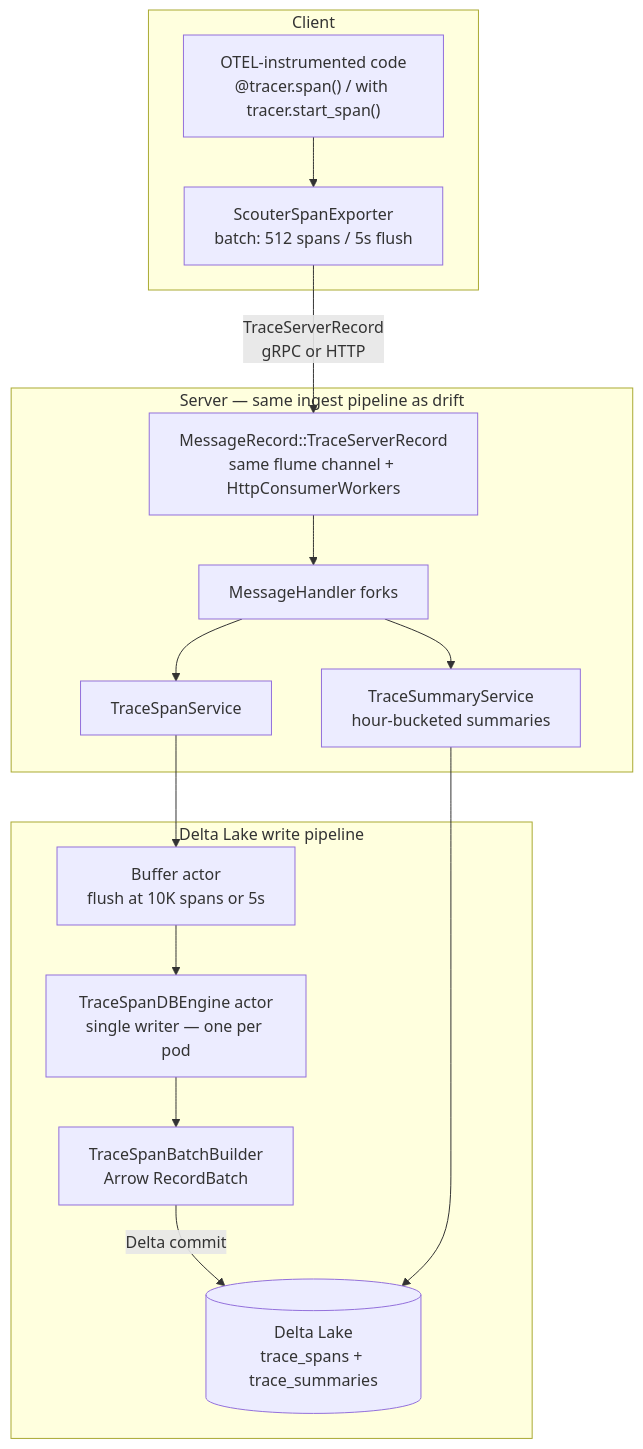
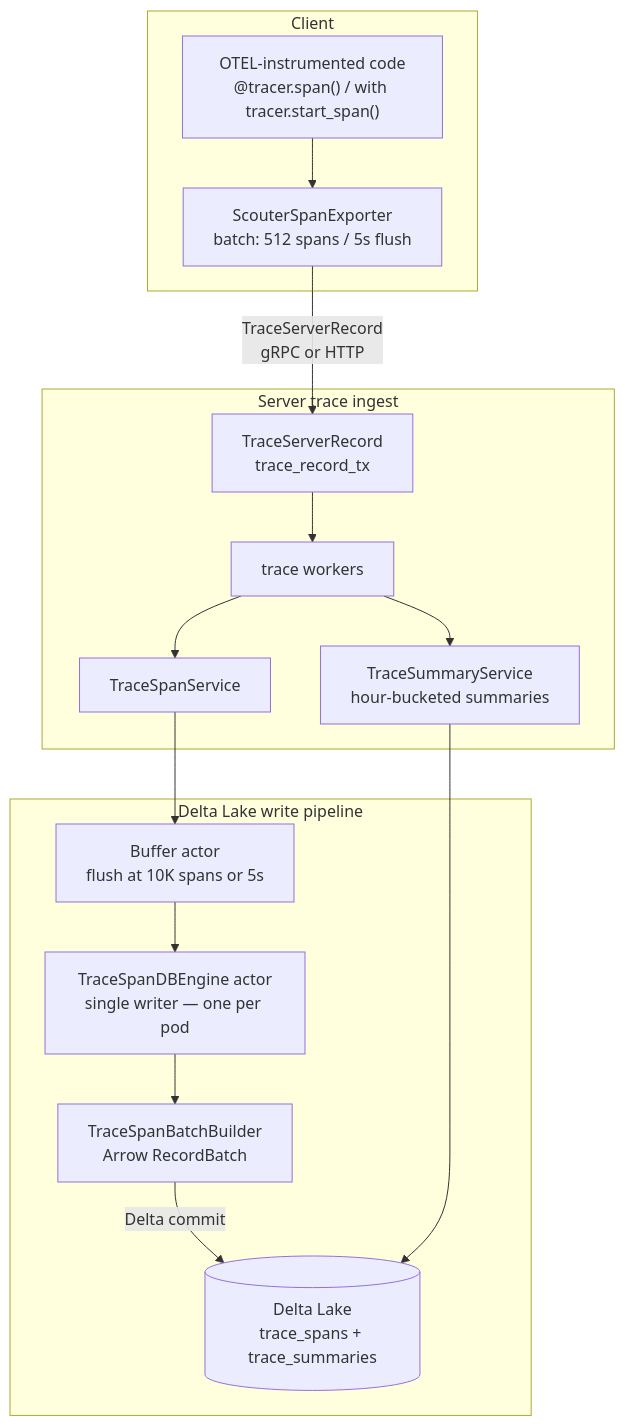
The sixth of 8 diagrams in docs/src/content/docs/architecture/overview.mdx (demml/scouter), drawn with Mermaid before and after one commit. The commit also changed other lines of this file and 57 other files, not shown here.

````diff
--- a/docs/src/content/docs/architecture/overview.mdx
+++ b/docs/src/content/docs/architecture/overview.mdx
@@ -228,31 +259,31 @@
 ```mermaid
 graph TB
     subgraph "Client"
         OT["OTEL-instrumented code\n@tracer.span() / with tracer.start_span()"]
         EX["ScouterSpanExporter\nbatch: 512 spans / 5s flush"]
     end
 
-    subgraph "Server — same ingest pipeline as drift"
-        MSG["MessageRecord::TraceServerRecord\nsame flume channel + HttpConsumerWorkers"]
-        MH["MessageHandler forks"]
+    subgraph "Server trace ingest"
+        MSG["TraceServerRecord\ntrace_record_tx"]
+        TW["trace workers"]
         TSS["TraceSpanService"]
         SUM["TraceSummaryService\nhour-bucketed summaries"]
     end
 
     subgraph "Delta Lake write pipeline"
         BUF["Buffer actor\nflush at 10K spans or 5s"]
         ENG["TraceSpanDBEngine actor\nsingle writer — one per pod"]
         BB["TraceSpanBatchBuilder\nArrow RecordBatch"]
         DL[("Delta Lake\ntrace_spans + trace_summaries")]
     end
 
     OT --> EX
     EX -->|"TraceServerRecord\ngRPC or HTTP"| MSG
-    MSG --> MH
-    MH --> TSS & SUM
+    MSG --> TW
+    TW --> TSS & SUM
     TSS --> BUF
     BUF --> ENG
     ENG --> BB
     BB -->|"Delta commit"| DL
     SUM --> DL
 ```
````
